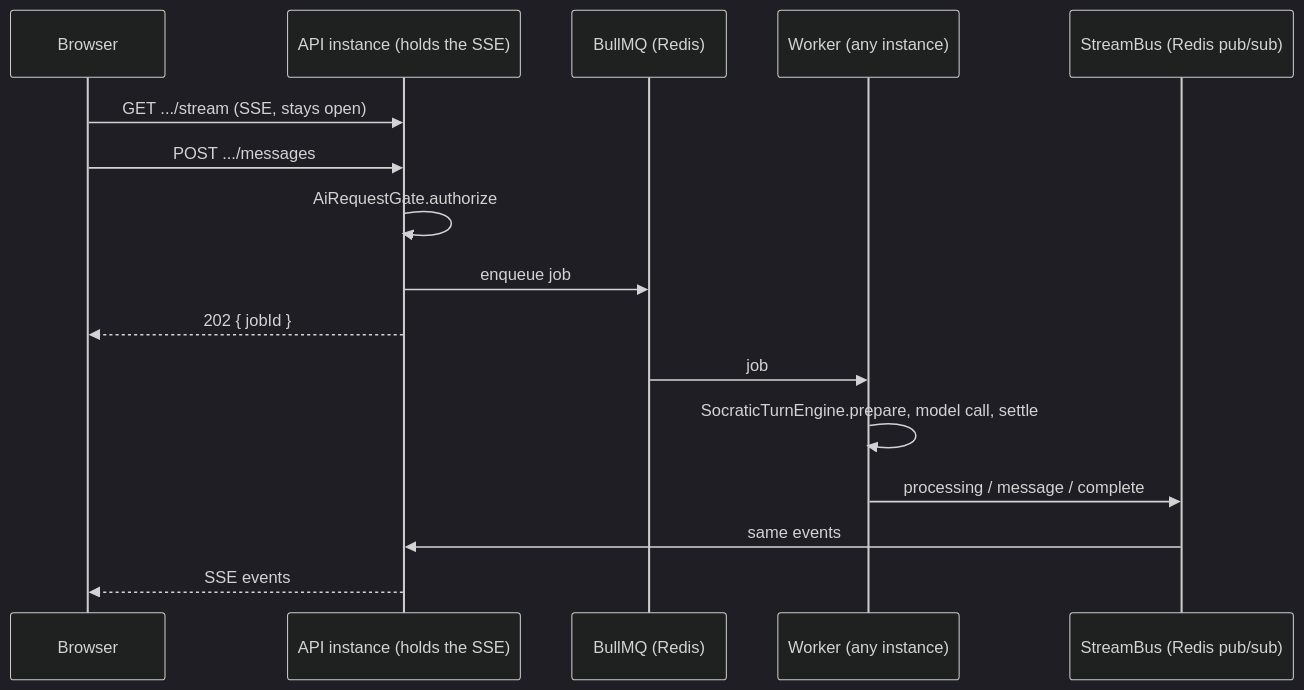
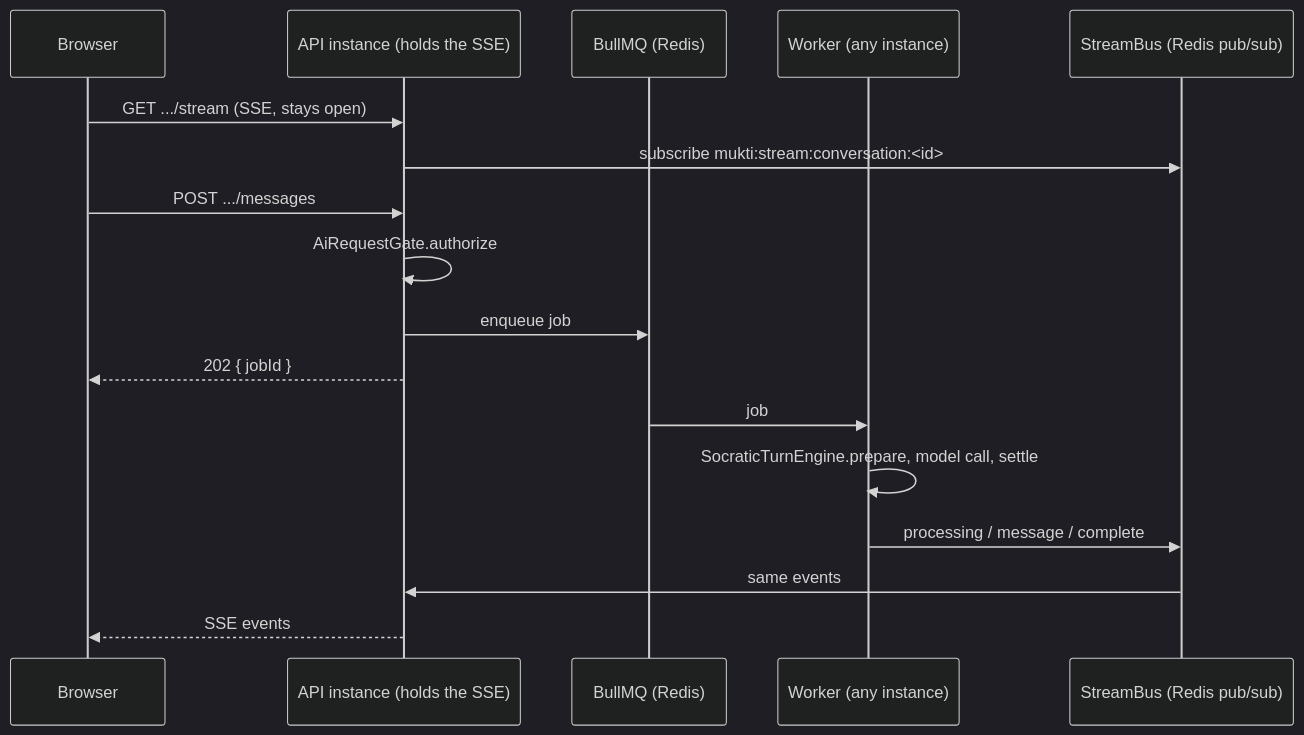
Before and after one commit to shettydev/mukti: the third of 3 diagrams in docs/reference/architecture/overview.md, drawn with Mermaid (dark theme). The commit also changed other lines of this file and 6 other files, not shown here.

First line of the commit message:
feat(redis): Route stream bus events over per-stream Redis channels

````diff
--- a/docs/reference/architecture/overview.md
+++ b/docs/reference/architecture/overview.md
@@ -88,19 +88,20 @@
 ```mermaid
 sequenceDiagram
     participant B as Browser
     participant API as API instance (holds the SSE)
     participant Q as BullMQ (Redis)
     participant Wk as Worker (any instance)
     participant Bus as StreamBus (Redis pub/sub)
 
     B->>API: GET .../stream (SSE, stays open)
+    API->>Bus: subscribe mukti:stream:conversation:<id>
     B->>API: POST .../messages
     API->>API: AiRequestGate.authorize
     API->>Q: enqueue job
     API-->>B: 202 { jobId }
     Q->>Wk: job
     Wk->>Wk: SocraticTurnEngine.prepare, model call, settle
     Wk->>Bus: processing / message / complete
     Bus->>API: same events
     API-->>B: SSE events
 ```
````
